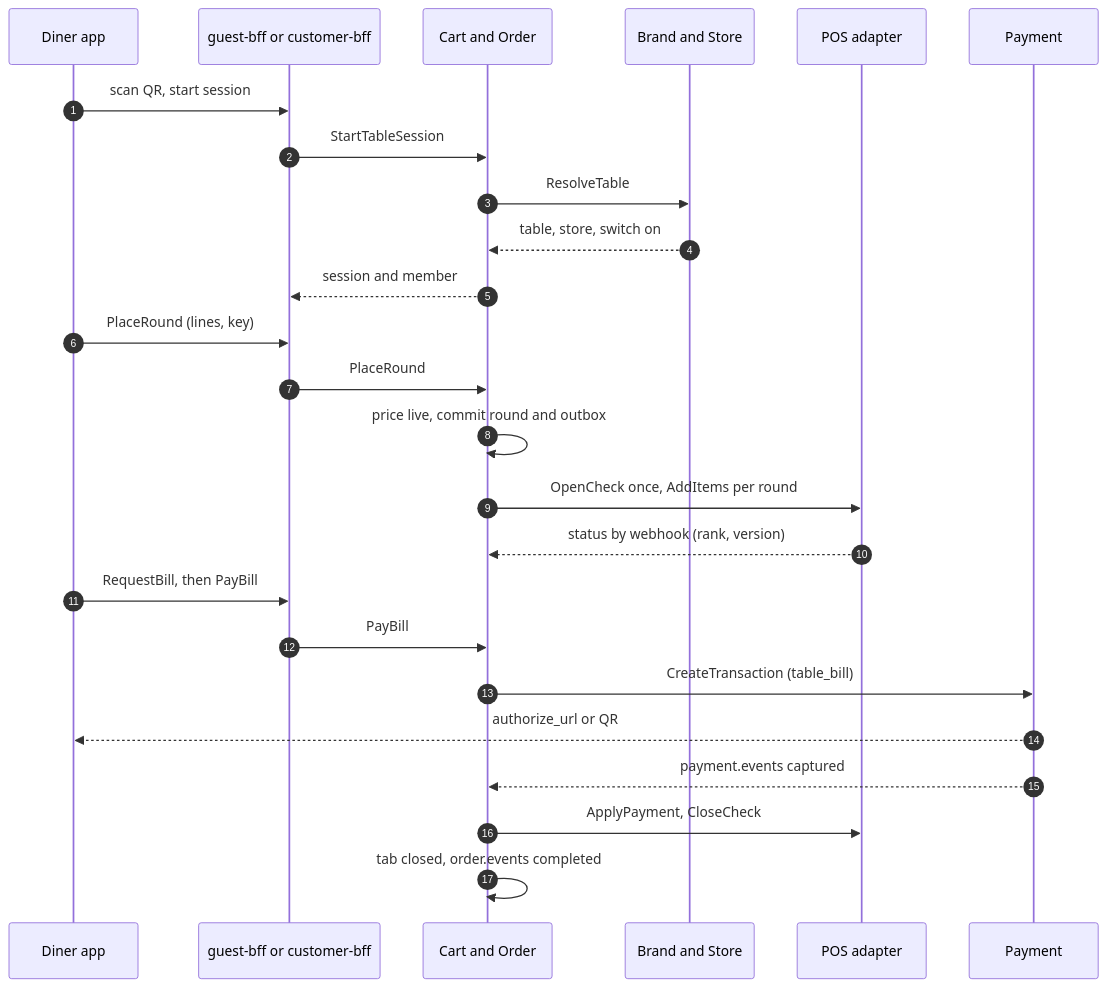
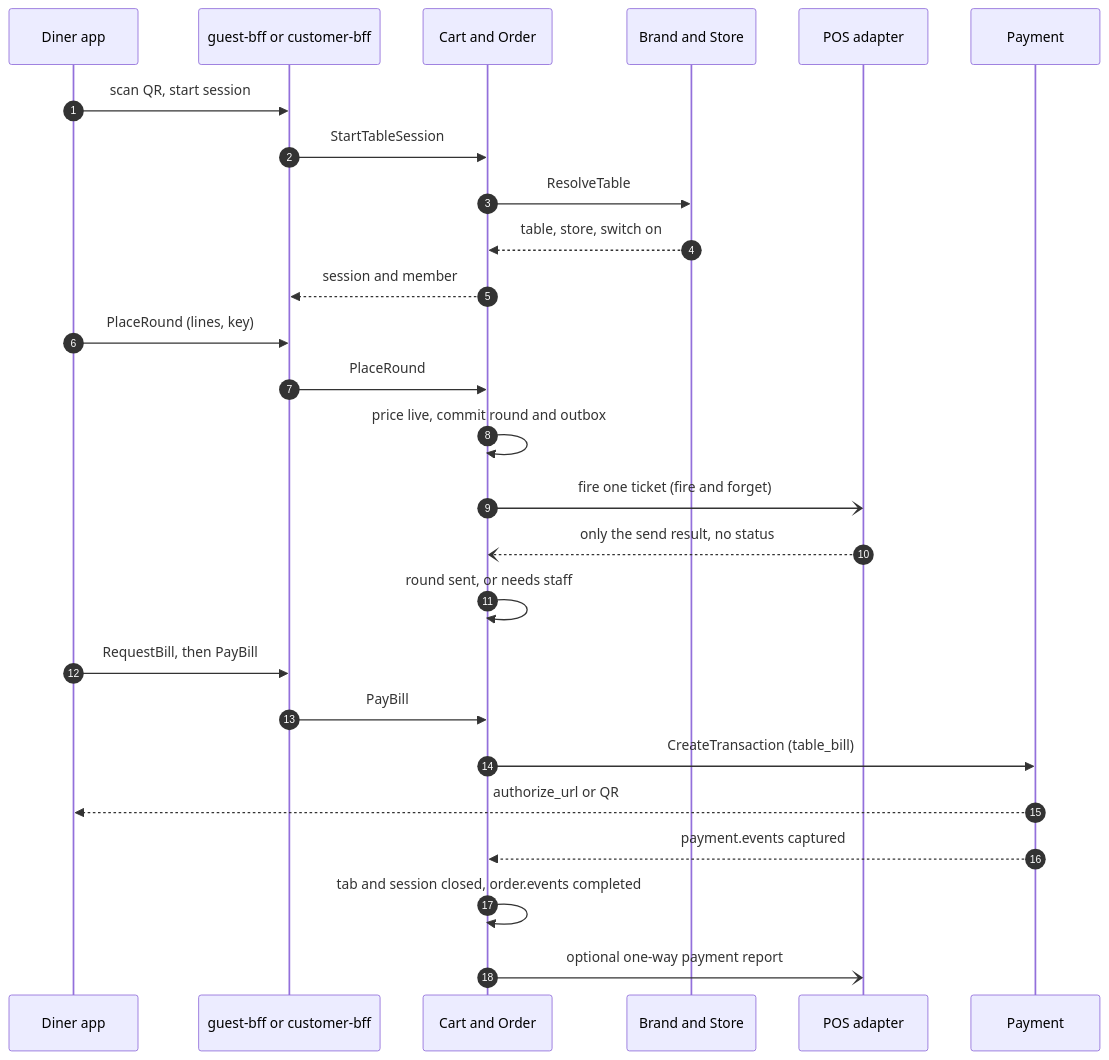
The second of 2 diagrams in docs/design/postpaid-table-ordering.md (Leakageonthelamp/nexa-platform-achitecture), drawn with Mermaid before and after one commit. The commit also changed other lines of this file and 44 other files, not shown here.

````diff
--- a/docs/design/postpaid-table-ordering.md
+++ b/docs/design/postpaid-table-ordering.md
@@ -250,27 +250,28 @@
 ```mermaid
 sequenceDiagram
   autonumber
   participant D as Diner app
   participant G as guest-bff or customer-bff
   participant O as Cart and Order
   participant B as Brand and Store
   participant P as POS adapter
   participant Y as Payment
   D->>G: scan QR, start session
   G->>O: StartTableSession
   O->>B: ResolveTable
   B-->>O: table, store, switch on
   O-->>G: session and member
   D->>G: PlaceRound (lines, key)
   G->>O: PlaceRound
   O->>O: price live, commit round and outbox
-  O->>P: OpenCheck once, AddItems per round
-  P-->>O: status by webhook (rank, version)
+  O-)P: fire one ticket (fire and forget)
+  P--)O: only the send result, no status
+  O->>O: round sent, or needs staff
   D->>G: RequestBill, then PayBill
   G->>O: PayBill
   O->>Y: CreateTransaction (table_bill)
   Y-->>D: authorize_url or QR
   Y-->>O: payment.events captured
-  O->>P: ApplyPayment, CloseCheck
-  O->>O: tab closed, order.events completed
+  O->>O: tab and session closed, order.events completed
+  O-)P: optional one-way payment report
 ```
````
